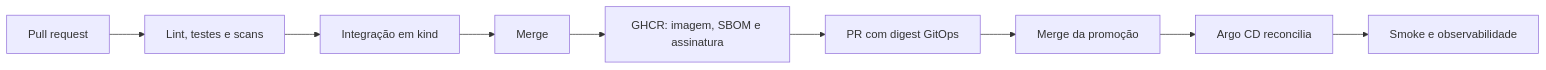
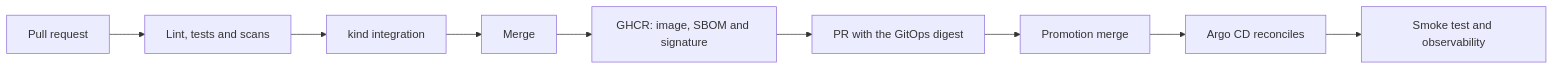
Before and after one commit to tommmdl/deployment-flow-mock: the first of 2 diagrams in README.md, drawn with Mermaid. The commit also changed other lines of this file and 3 other files, not shown here.

````diff
--- a/README.md
+++ b/README.md
@@ -24,11 +30,11 @@
 ```mermaid
 flowchart LR
-  C[Pull request] --> T[Lint, testes e scans]
-  T --> K[Integração em kind]
+  C[Pull request] --> T[Lint, tests and scans]
+  T --> K[kind integration]
   K --> M[Merge]
-  M --> A[GHCR: imagem, SBOM e assinatura]
-  A --> P[PR com digest GitOps]
-  P --> G[Merge da promoção]
-  G --> D[Argo CD reconcilia]
-  D --> O[Smoke e observabilidade]
+  M --> A[GHCR: image, SBOM and signature]
+  A --> P[PR with the GitOps digest]
+  P --> G[Promotion merge]
+  G --> D[Argo CD reconciles]
+  D --> O[Smoke test and observability]
 ```
````
